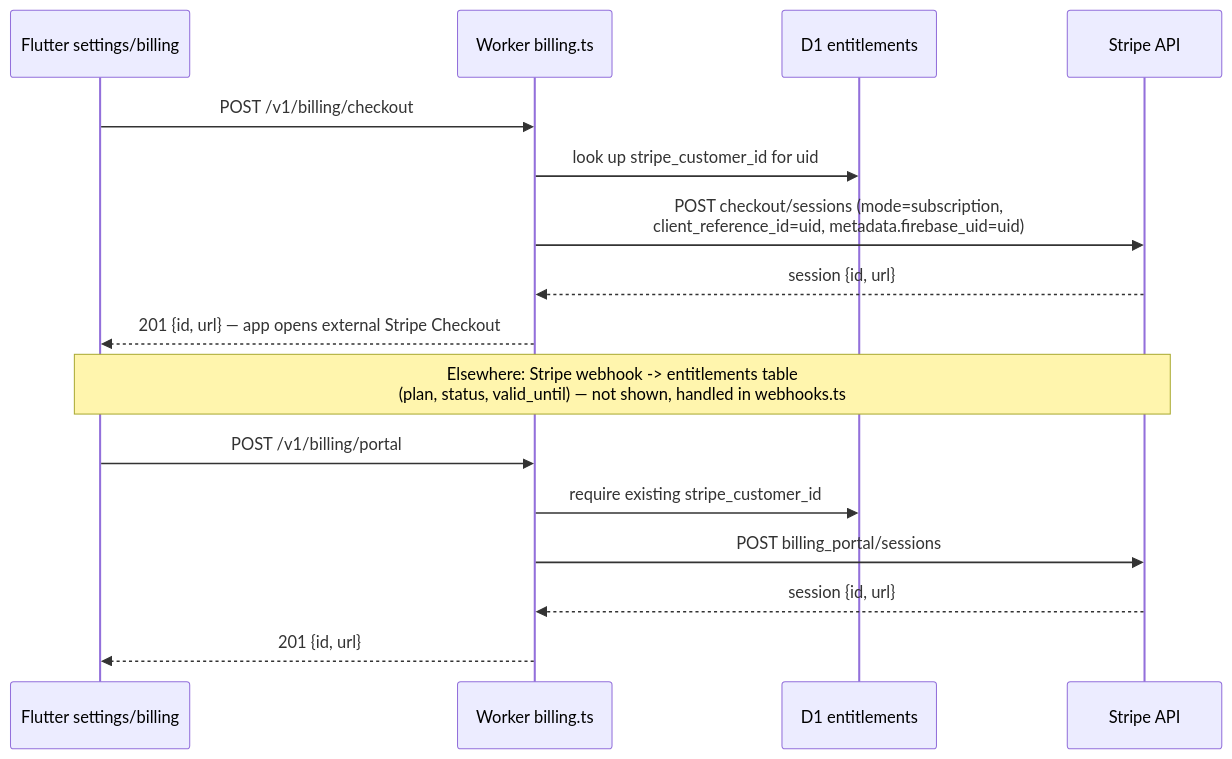
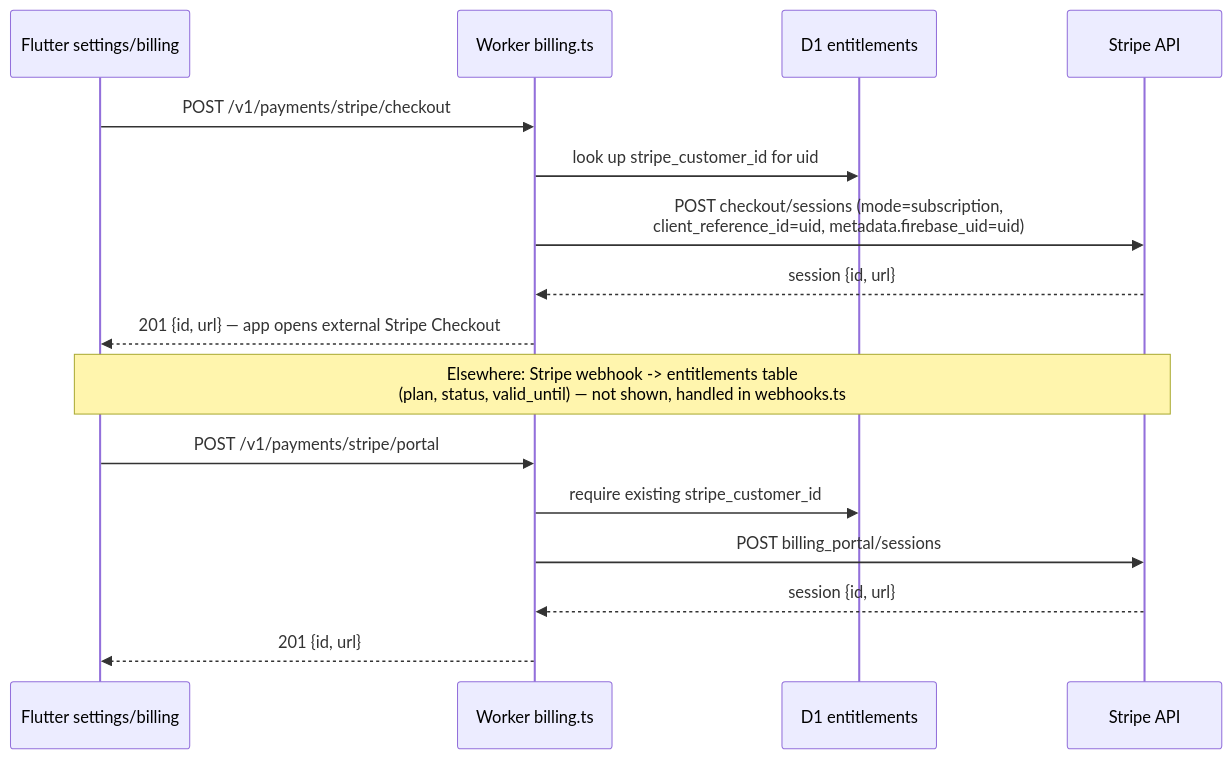
The tenth of 12 diagrams in ARCHITECTURE.md (undivisible/omi-v4), drawn with Mermaid before and after one commit. The commit also changed 9 other files, not shown here.

````diff
--- a/ARCHITECTURE.md
+++ b/ARCHITECTURE.md
@@ -302,19 +302,19 @@
 ```mermaid
 sequenceDiagram
     participant App as Flutter settings/billing
     participant W as Worker billing.ts
     participant D1 as D1 entitlements
     participant Stripe as Stripe API
 
-    App->>W: POST /v1/billing/checkout
+    App->>W: POST /v1/payments/stripe/checkout
     W->>D1: look up stripe_customer_id for uid
     W->>Stripe: POST checkout/sessions (mode=subscription,<br/>client_reference_id=uid, metadata.firebase_uid=uid)
     Stripe-->>W: session {id, url}
     W-->>App: 201 {id, url} — app opens external Stripe Checkout
     Note over App,Stripe: Elsewhere: Stripe webhook -> entitlements table<br/>(plan, status, valid_until) — not shown, handled in webhooks.ts
-    App->>W: POST /v1/billing/portal
+    App->>W: POST /v1/payments/stripe/portal
     W->>D1: require existing stripe_customer_id
     W->>Stripe: POST billing_portal/sessions
     Stripe-->>W: session {id, url}
     W-->>App: 201 {id, url}
 ```
````
